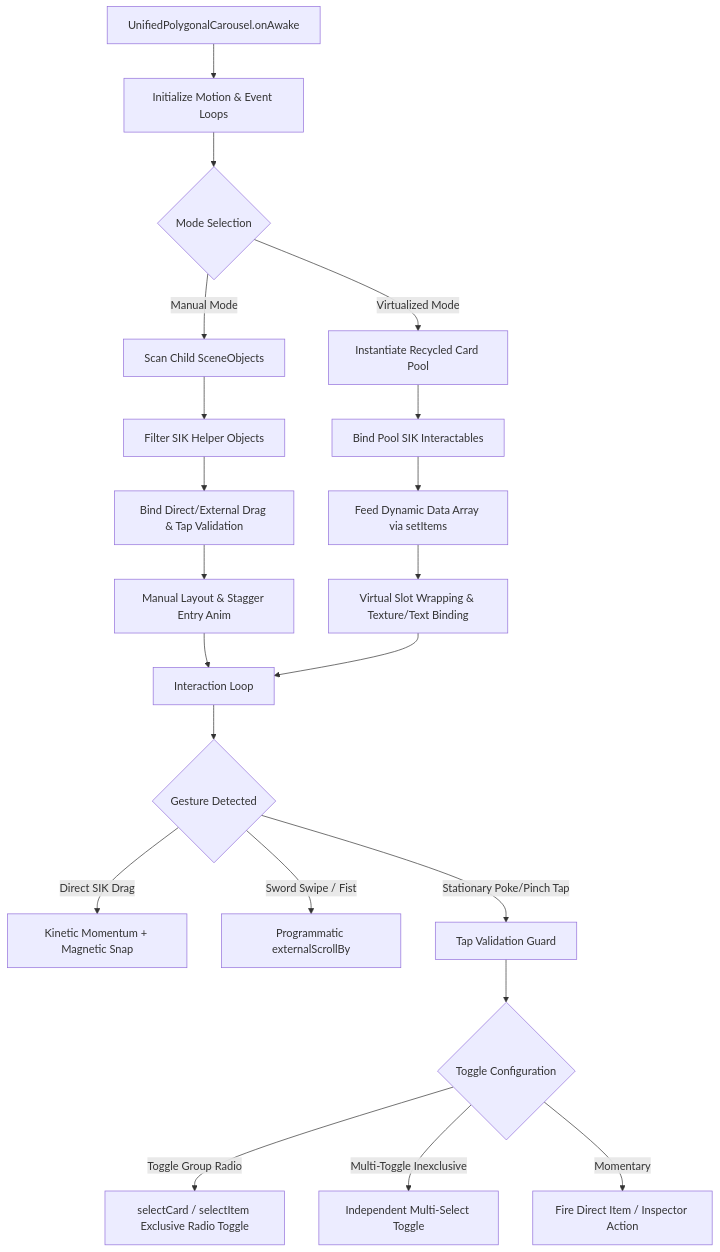
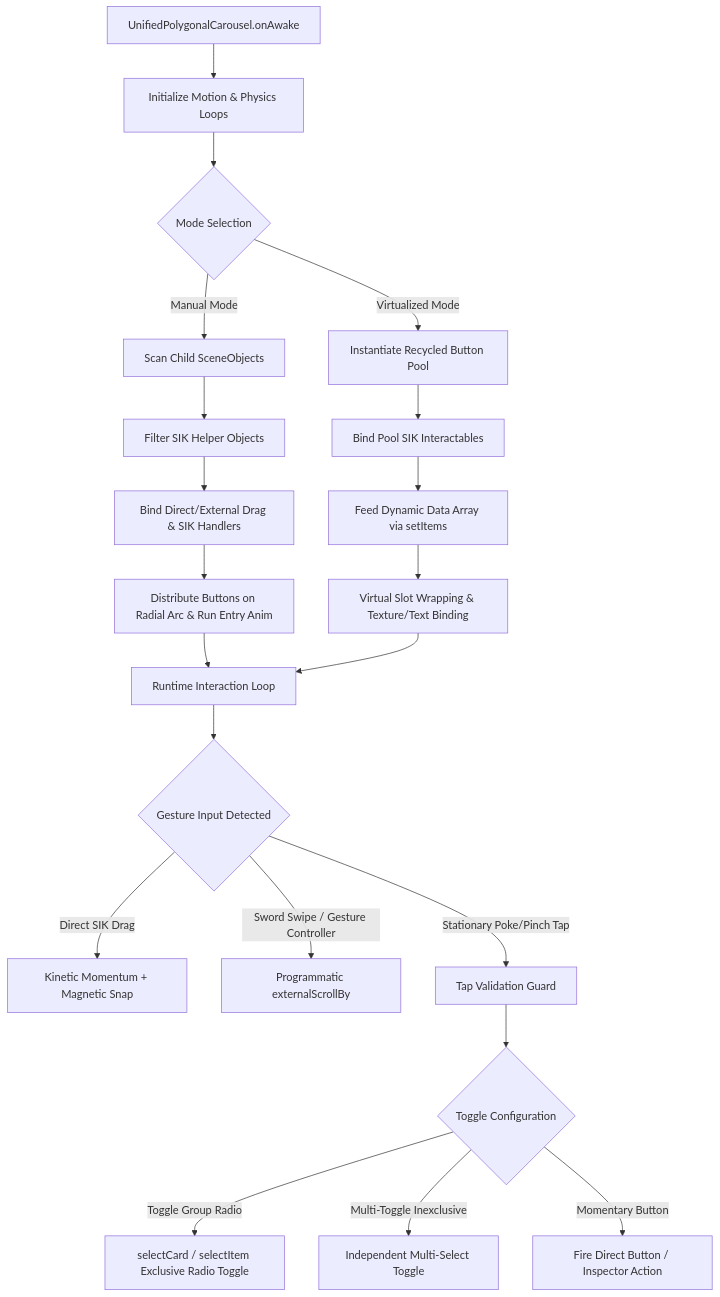
Before and after one commit to JeeteshSingh/Futuristic-UI-v1-Spectacles: the diagram in Assets/Futuristic UI v1 Assets/Carousels/Unified Polygonal Carousel/UNIFIED_CAROUSEL_SYSTEM.md, drawn with Mermaid. The commit also changed other lines of this file and 1 other file, not shown here.

Commit message:
Enrich UNIFIED_CAROUSEL_SYSTEM.md and README.md with detailed testing flows, populator breakdowns, and spatial UX recommendations

````diff
--- a/Assets/Futuristic UI v1 Assets/Carousels/Unified Polygonal Carousel/UNIFIED_CAROUSEL_SYSTEM.md
+++ b/Assets/Futuristic UI v1 Assets/Carousels/Unified Polygonal Carousel/UNIFIED_CAROUSEL_SYSTEM.md
@@ -12,26 +12,26 @@
 ```mermaid
 flowchart TD
-    A[UnifiedPolygonalCarousel.onAwake] --> B[Initialize Motion & Event Loops]
+    A[UnifiedPolygonalCarousel.onAwake] --> B[Initialize Motion & Physics Loops]
     B --> C{Mode Selection}
     
     C -->|Manual Mode| D[Scan Child SceneObjects]
     D --> E[Filter SIK Helper Objects]
-    E --> F[Bind Direct/External Drag & Tap Validation]
-    F --> G[Manual Layout & Stagger Entry Anim]
+    E --> F[Bind Direct/External Drag & SIK Handlers]
+    F --> G[Distribute Buttons on Radial Arc & Run Entry Anim]
     
-    C -->|Virtualized Mode| H[Instantiate Recycled Card Pool]
+    C -->|Virtualized Mode| H[Instantiate Recycled Button Pool]
     H --> I[Bind Pool SIK Interactables]
     I --> J[Feed Dynamic Data Array via setItems]
     J --> K[Virtual Slot Wrapping & Texture/Text Binding]
     
-    G & K --> L[Interaction Loop]
-    L --> M{Gesture Detected}
+    G & K --> L[Runtime Interaction Loop]
+    L --> M{Gesture Input Detected}
     M -->|Direct SIK Drag| N[Kinetic Momentum + Magnetic Snap]
-    M -->|Sword Swipe / Fist| O[Programmatic externalScrollBy]
+    M -->|Sword Swipe / Gesture Controller| O[Programmatic externalScrollBy]
     M -->|Stationary Poke/Pinch Tap| P[Tap Validation Guard]
     
     P --> Q{Toggle Configuration}
     Q -->|Toggle Group Radio| R[selectCard / selectItem Exclusive Radio Toggle]
     Q -->|Multi-Toggle Inexclusive| S[Independent Multi-Select Toggle]
-    Q -->|Momentary| T[Fire Direct Item / Inspector Action]
+    Q -->|Momentary Button| T[Fire Direct Button / Inspector Action]
 ```
````
